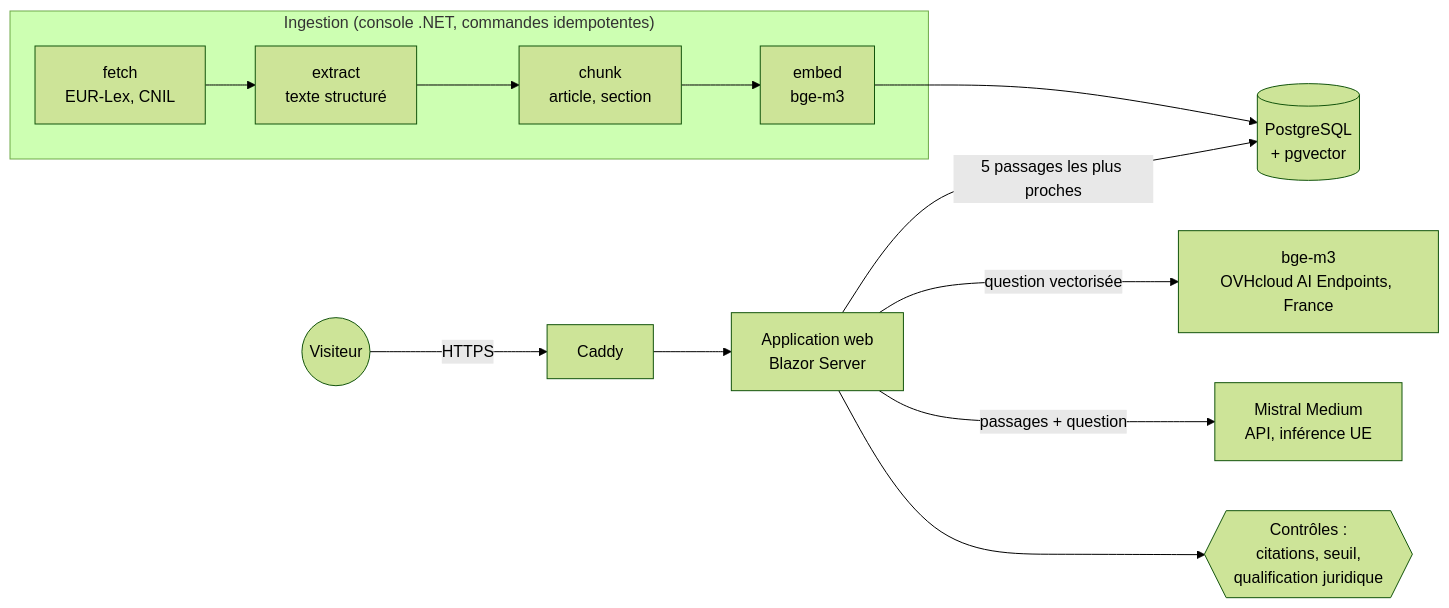
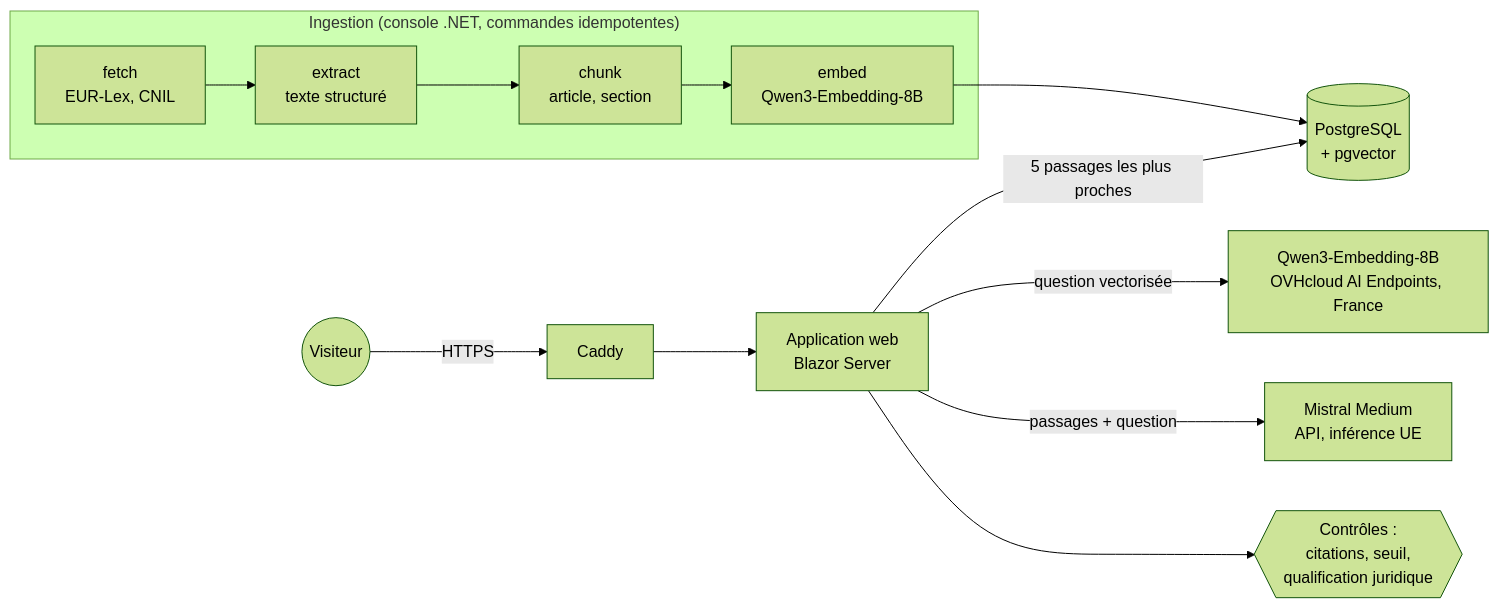
The diagram in README.md (olick/limpide), drawn with Mermaid (forest theme) before and after one commit. The commit also changed other lines of this file and 31 other files, not shown here.

First line of the commit message:
Bascule sur Qwen3-Embedding-8B par OVHcloud AI Endpoints (S7, session 6, PR 2)

````diff
--- a/README.md
+++ b/README.md
@@ -27,13 +27,13 @@
 ```mermaid
 flowchart LR
     subgraph Ingestion["Ingestion (console .NET, commandes idempotentes)"]
-        F[fetch<br/>EUR-Lex, CNIL] --> E[extract<br/>texte structuré] --> C[chunk<br/>article, section] --> M[embed<br/>bge-m3]
+        F[fetch<br/>EUR-Lex, CNIL] --> E[extract<br/>texte structuré] --> C[chunk<br/>article, section] --> M[embed<br/>Qwen3-Embedding-8B]
     end
     M --> DB[(PostgreSQL<br/>+ pgvector)]
     U((Visiteur)) -->|HTTPS| P[Caddy]
     P --> W[Application web<br/>Blazor Server]
-    W -->|question vectorisée| O[bge-m3<br/>OVHcloud AI Endpoints, France]
+    W -->|question vectorisée| O[Qwen3-Embedding-8B<br/>OVHcloud AI Endpoints, France]
     W -->|5 passages les plus proches| DB
     W -->|passages + question| L[Mistral Medium<br/>API, inférence UE]
     W --> G{{Contrôles :<br/>citations, seuil,<br/>qualification juridique}}
 ```
````
